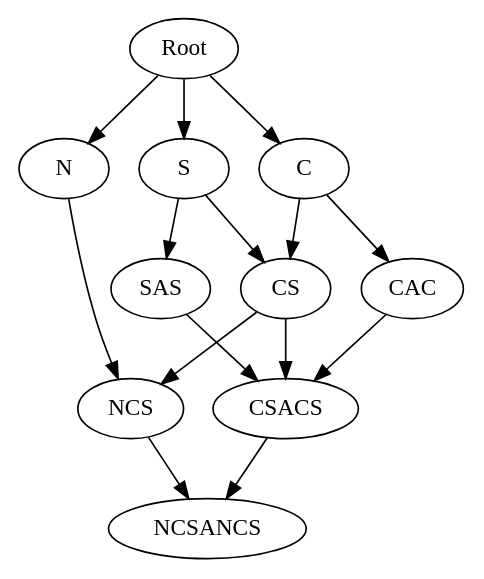
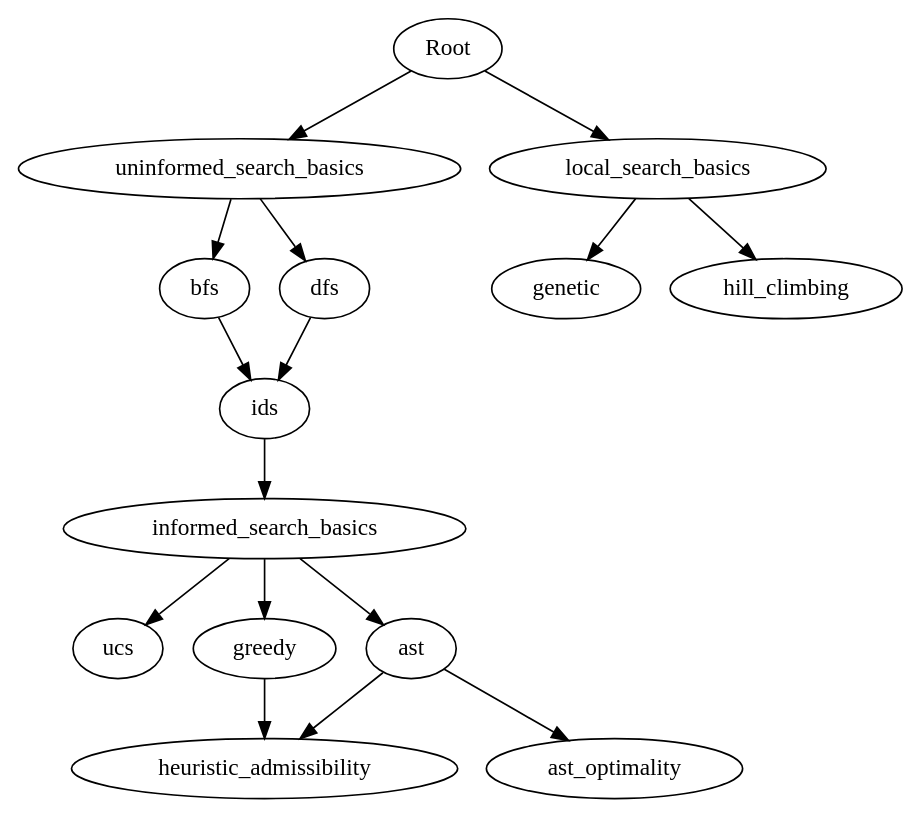
Before and after one commit to b-castleman/aiphabet-mab-tutoring: the diagram in example_tree.gv, drawn with Graphviz. The commit also changed 12 other files, not shown here.

```diff
--- a/example_tree.gv
+++ b/example_tree.gv
@@ -1,137 +1,210 @@
 strict digraph {
-	S [label=S]
-	Root -> S [contraint=true]
-	Root -> N [contraint=true]
-	Root -> C [contraint=true]
-	S -> CS [contraint=true]
-	S -> SAS [contraint=true]
-	N -> NCS [contraint=true]
-	C -> CS [contraint=true]
-	C -> CAC [contraint=true]
-	CS -> CSACS [contraint=true]
-	CS -> NCS [contraint=true]
-	SAS -> CSACS [contraint=true]
-	CAC -> CSACS [contraint=true]
-	CSACS -> NCSANCS [contraint=true]
-	NCS -> NCSANCS [contraint=true]
-	N [label=N]
-	Root -> S [contraint=true]
-	Root -> N [contraint=true]
-	Root -> C [contraint=true]
-	S -> CS [contraint=true]
-	S -> SAS [contraint=true]
-	N -> NCS [contraint=true]
-	C -> CS [contraint=true]
-	C -> CAC [contraint=true]
-	CS -> CSACS [contraint=true]
-	CS -> NCS [contraint=true]
-	SAS -> CSACS [contraint=true]
-	CAC -> CSACS [contraint=true]
-	CSACS -> NCSANCS [contraint=true]
-	NCS -> NCSANCS [contraint=true]
-	C [label=C]
-	Root -> S [contraint=true]
-	Root -> N [contraint=true]
-	Root -> C [contraint=true]
-	S -> CS [contraint=true]
-	S -> SAS [contraint=true]
-	N -> NCS [contraint=true]
-	C -> CS [contraint=true]
-	C -> CAC [contraint=true]
-	CS -> CSACS [contraint=true]
-	CS -> NCS [contraint=true]
-	SAS -> CSACS [contraint=true]
-	CAC -> CSACS [contraint=true]
-	CSACS -> NCSANCS [contraint=true]
-	NCS -> NCSANCS [contraint=true]
-	CS [label=CS]
-	Root -> S [contraint=true]
-	Root -> N [contraint=true]
-	Root -> C [contraint=true]
-	S -> CS [contraint=true]
-	S -> SAS [contraint=true]
-	N -> NCS [contraint=true]
-	C -> CS [contraint=true]
-	C -> CAC [contraint=true]
-	CS -> CSACS [contraint=true]
-	CS -> NCS [contraint=true]
-	SAS -> CSACS [contraint=true]
-	CAC -> CSACS [contraint=true]
-	CSACS -> NCSANCS [contraint=true]
-	NCS -> NCSANCS [contraint=true]
-	SAS [label=SAS]
-	Root -> S [contraint=true]
-	Root -> N [contraint=true]
-	Root -> C [contraint=true]
-	S -> CS [contraint=true]
-	S -> SAS [contraint=true]
-	N -> NCS [contraint=true]
-	C -> CS [contraint=true]
-	C -> CAC [contraint=true]
-	CS -> CSACS [contraint=true]
-	CS -> NCS [contraint=true]
-	SAS -> CSACS [contraint=true]
-	CAC -> CSACS [contraint=true]
-	CSACS -> NCSANCS [contraint=true]
-	NCS -> NCSANCS [contraint=true]
-	CAC [label=CAC]
-	Root -> S [contraint=true]
-	Root -> N [contraint=true]
-	Root -> C [contraint=true]
-	S -> CS [contraint=true]
-	S -> SAS [contraint=true]
-	N -> NCS [contraint=true]
-	C -> CS [contraint=true]
-	C -> CAC [contraint=true]
-	CS -> CSACS [contraint=true]
-	CS -> NCS [contraint=true]
-	SAS -> CSACS [contraint=true]
-	CAC -> CSACS [contraint=true]
-	CSACS -> NCSANCS [contraint=true]
-	NCS -> NCSANCS [contraint=true]
-	CSACS [label=CSACS]
-	Root -> S [contraint=true]
-	Root -> N [contraint=true]
-	Root -> C [contraint=true]
-	S -> CS [contraint=true]
-	S -> SAS [contraint=true]
-	N -> NCS [contraint=true]
-	C -> CS [contraint=true]
-	C -> CAC [contraint=true]
-	CS -> CSACS [contraint=true]
-	CS -> NCS [contraint=true]
-	SAS -> CSACS [contraint=true]
-	CAC -> CSACS [contraint=true]
-	CSACS -> NCSANCS [contraint=true]
-	NCS -> NCSANCS [contraint=true]
-	NCS [label=NCS]
-	Root -> S [contraint=true]
-	Root -> N [contraint=true]
-	Root -> C [contraint=true]
-	S -> CS [contraint=true]
-	S -> SAS [contraint=true]
-	N -> NCS [contraint=true]
-	C -> CS [contraint=true]
-	C -> CAC [contraint=true]
-	CS -> CSACS [contraint=true]
-	CS -> NCS [contraint=true]
-	SAS -> CSACS [contraint=true]
-	CAC -> CSACS [contraint=true]
-	CSACS -> NCSANCS [contraint=true]
-	NCS -> NCSANCS [contraint=true]
-	NCSANCS [label=NCSANCS]
-	Root -> S [contraint=true]
-	Root -> N [contraint=true]
-	Root -> C [contraint=true]
-	S -> CS [contraint=true]
-	S -> SAS [contraint=true]
-	N -> NCS [contraint=true]
-	C -> CS [contraint=true]
-	C -> CAC [contraint=true]
-	CS -> CSACS [contraint=true]
-	CS -> NCS [contraint=true]
-	SAS -> CSACS [contraint=true]
-	CAC -> CSACS [contraint=true]
-	CSACS -> NCSANCS [contraint=true]
-	NCS -> NCSANCS [contraint=true]
+	uninformed_search_basics [label=uninformed_search_basics]
+	Root -> uninformed_search_basics [contraint=true]
+	Root -> local_search_basics [contraint=true]
+	uninformed_search_basics -> bfs [contraint=true]
+	uninformed_search_basics -> dfs [contraint=true]
+	informed_search_basics -> ucs [contraint=true]
+	informed_search_basics -> greedy [contraint=true]
+	informed_search_basics -> ast [contraint=true]
+	local_search_basics -> genetic [contraint=true]
+	local_search_basics -> hill_climbing [contraint=true]
+	bfs -> ids [contraint=true]
+	dfs -> ids [contraint=true]
+	ids -> informed_search_basics [contraint=true]
+	greedy -> heuristic_admissibility [contraint=true]
+	ast -> heuristic_admissibility [contraint=true]
+	ast -> ast_optimality [contraint=true]
+	bfs [label=bfs]
+	Root -> uninformed_search_basics [contraint=true]
+	Root -> local_search_basics [contraint=true]
+	uninformed_search_basics -> bfs [contraint=true]
+	uninformed_search_basics -> dfs [contraint=true]
+	informed_search_basics -> ucs [contraint=true]
+	informed_search_basics -> greedy [contraint=true]
+	informed_search_basics -> ast [contraint=true]
+	local_search_basics -> genetic [contraint=true]
+	local_search_basics -> hill_climbing [contraint=true]
+	bfs -> ids [contraint=true]
+	dfs -> ids [contraint=true]
+	ids -> informed_search_basics [contraint=true]
+	greedy -> heuristic_admissibility [contraint=true]
+	ast -> heuristic_admissibility [contraint=true]
+	ast -> ast_optimality [contraint=true]
+	dfs [label=dfs]
+	Root -> uninformed_search_basics [contraint=true]
+	Root -> local_search_basics [contraint=true]
+	uninformed_search_basics -> bfs [contraint=true]
+	uninformed_search_basics -> dfs [contraint=true]
+	informed_search_basics -> ucs [contraint=true]
+	informed_search_basics -> greedy [contraint=true]
+	informed_search_basics -> ast [contraint=true]
+	local_search_basics -> genetic [contraint=true]
+	local_search_basics -> hill_climbing [contraint=true]
+	bfs -> ids [contraint=true]
+	dfs -> ids [contraint=true]
+	ids -> informed_search_basics [contraint=true]
+	greedy -> heuristic_admissibility [contraint=true]
+	ast -> heuristic_admissibility [contraint=true]
+	ast -> ast_optimality [contraint=true]
+	ids [label=ids]
+	Root -> uninformed_search_basics [contraint=true]
+	Root -> local_search_basics [contraint=true]
+	uninformed_search_basics -> bfs [contraint=true]
+	uninformed_search_basics -> dfs [contraint=true]
+	informed_search_basics -> ucs [contraint=true]
+	informed_search_basics -> greedy [contraint=true]
+	informed_search_basics -> ast [contraint=true]
+	local_search_basics -> genetic [contraint=true]
+	local_search_basics -> hill_climbing [contraint=true]
+	bfs -> ids [contraint=true]
+	dfs -> ids [contraint=true]
+	ids -> informed_search_basics [contraint=true]
+	greedy -> heuristic_admissibility [contraint=true]
+	ast -> heuristic_admissibility [contraint=true]
+	ast -> ast_optimality [contraint=true]
+	informed_search_basics [label=informed_search_basics]
+	Root -> uninformed_search_basics [contraint=true]
+	Root -> local_search_basics [contraint=true]
+	uninformed_search_basics -> bfs [contraint=true]
+	uninformed_search_basics -> dfs [contraint=true]
+	informed_search_basics -> ucs [contraint=true]
+	informed_search_basics -> greedy [contraint=true]
+	informed_search_basics -> ast [contraint=true]
+	local_search_basics -> genetic [contraint=true]
+	local_search_basics -> hill_climbing [contraint=true]
+	bfs -> ids [contraint=true]
+	dfs -> ids [contraint=true]
+	ids -> informed_search_basics [contraint=true]
+	greedy -> heuristic_admissibility [contraint=true]
+	ast -> heuristic_admissibility [contraint=true]
+	ast -> ast_optimality [contraint=true]
+	ucs [label=ucs]
+	Root -> uninformed_search_basics [contraint=true]
+	Root -> local_search_basics [contraint=true]
+	uninformed_search_basics -> bfs [contraint=true]
+	uninformed_search_basics -> dfs [contraint=true]
+	informed_search_basics -> ucs [contraint=true]
+	informed_search_basics -> greedy [contraint=true]
+	informed_search_basics -> ast [contraint=true]
+	local_search_basics -> genetic [contraint=true]
+	local_search_basics -> hill_climbing [contraint=true]
+	bfs -> ids [contraint=true]
+	dfs -> ids [contraint=true]
+	ids -> informed_search_basics [contraint=true]
+	greedy -> heuristic_admissibility [contraint=true]
+	ast -> heuristic_admissibility [contraint=true]
+	ast -> ast_optimality [contraint=true]
+	ast [label=ast]
+	Root -> uninformed_search_basics [contraint=true]
+	Root -> local_search_basics [contraint=true]
+	uninformed_search_basics -> bfs [contraint=true]
+	uninformed_search_basics -> dfs [contraint=true]
+	informed_search_basics -> ucs [contraint=true]
+	informed_search_basics -> greedy [contraint=true]
+	informed_search_basics -> ast [contraint=true]
+	local_search_basics -> genetic [contraint=true]
+	local_search_basics -> hill_climbing [contraint=true]
+	bfs -> ids [contraint=true]
+	dfs -> ids [contraint=true]
+	ids -> informed_search_basics [contraint=true]
+	greedy -> heuristic_admissibility [contraint=true]
+	ast -> heuristic_admissibility [contraint=true]
+	ast -> ast_optimality [contraint=true]
+	greedy [label=greedy]
+	Root -> uninformed_search_basics [contraint=true]
+	Root -> local_search_basics [contraint=true]
+	uninformed_search_basics -> bfs [contraint=true]
+	uninformed_search_basics -> dfs [contraint=true]
+	informed_search_basics -> ucs [contraint=true]
+	informed_search_basics -> greedy [contraint=true]
+	informed_search_basics -> ast [contraint=true]
+	local_search_basics -> genetic [contraint=true]
+	local_search_basics -> hill_climbing [contraint=true]
+	bfs -> ids [contraint=true]
+	dfs -> ids [contraint=true]
+	ids -> informed_search_basics [contraint=true]
+	greedy -> heuristic_admissibility [contraint=true]
+	ast -> heuristic_admissibility [contraint=true]
+	ast -> ast_optimality [contraint=true]
+	heuristic_admissibility [label=heuristic_admissibility]
+	Root -> uninformed_search_basics [contraint=true]
+	Root -> local_search_basics [contraint=true]
+	uninformed_search_basics -> bfs [contraint=true]
+	uninformed_search_basics -> dfs [contraint=true]
+	informed_search_basics -> ucs [contraint=true]
+	informed_search_basics -> greedy [contraint=true]
+	informed_search_basics -> ast [contraint=true]
+	local_search_basics -> genetic [contraint=true]
+	local_search_basics -> hill_climbing [contraint=true]
+	bfs -> ids [contraint=true]
+	dfs -> ids [contraint=true]
+	ids -> informed_search_basics [contraint=true]
+	greedy -> heuristic_admissibility [contraint=true]
+	ast -> heuristic_admissibility [contraint=true]
+	ast -> ast_optimality [contraint=true]
+	ast_optimality [label=ast_optimality]
+	Root -> uninformed_search_basics [contraint=true]
+	Root -> local_search_basics [contraint=true]
+	uninformed_search_basics -> bfs [contraint=true]
+	uninformed_search_basics -> dfs [contraint=true]
+	informed_search_basics -> ucs [contraint=true]
+	informed_search_basics -> greedy [contraint=true]
+	informed_search_basics -> ast [contraint=true]
+	local_search_basics -> genetic [contraint=true]
+	local_search_basics -> hill_climbing [contraint=true]
+	bfs -> ids [contraint=true]
+	dfs -> ids [contraint=true]
+	ids -> informed_search_basics [contraint=true]
+	greedy -> heuristic_admissibility [contraint=true]
+	ast -> heuristic_admissibility [contraint=true]
+	ast -> ast_optimality [contraint=true]
+	hill_climbing [label=hill_climbing]
+	Root -> uninformed_search_basics [contraint=true]
+	Root -> local_search_basics [contraint=true]
+	uninformed_search_basics -> bfs [contraint=true]
+	uninformed_search_basics -> dfs [contraint=true]
+	informed_search_basics -> ucs [contraint=true]
+	informed_search_basics -> greedy [contraint=true]
+	informed_search_basics -> ast [contraint=true]
+	local_search_basics -> genetic [contraint=true]
+	local_search_basics -> hill_climbing [contraint=true]
+	bfs -> ids [contraint=true]
+	dfs -> ids [contraint=true]
+	ids -> informed_search_basics [contraint=true]
+	greedy -> heuristic_admissibility [contraint=true]
+	ast -> heuristic_admissibility [contraint=true]
+	ast -> ast_optimality [contraint=true]
+	genetic [label=genetic]
+	Root -> uninformed_search_basics [contraint=true]
+	Root -> local_search_basics [contraint=true]
+	uninformed_search_basics -> bfs [contraint=true]
+	uninformed_search_basics -> dfs [contraint=true]
+	informed_search_basics -> ucs [contraint=true]
+	informed_search_basics -> greedy [contraint=true]
+	informed_search_basics -> ast [contraint=true]
+	local_search_basics -> genetic [contraint=true]
+	local_search_basics -> hill_climbing [contraint=true]
+	bfs -> ids [contraint=true]
+	dfs -> ids [contraint=true]
+	ids -> informed_search_basics [contraint=true]
+	greedy -> heuristic_admissibility [contraint=true]
+	ast -> heuristic_admissibility [contraint=true]
+	ast -> ast_optimality [contraint=true]
+	local_search_basics [label=local_search_basics]
+	Root -> uninformed_search_basics [contraint=true]
+	Root -> local_search_basics [contraint=true]
+	uninformed_search_basics -> bfs [contraint=true]
+	uninformed_search_basics -> dfs [contraint=true]
+	informed_search_basics -> ucs [contraint=true]
+	informed_search_basics -> greedy [contraint=true]
+	informed_search_basics -> ast [contraint=true]
+	local_search_basics -> genetic [contraint=true]
+	local_search_basics -> hill_climbing [contraint=true]
+	bfs -> ids [contraint=true]
+	dfs -> ids [contraint=true]
+	ids -> informed_search_basics [contraint=true]
+	greedy -> heuristic_admissibility [contraint=true]
+	ast -> heuristic_admissibility [contraint=true]
+	ast -> ast_optimality [contraint=true]
 }
```
